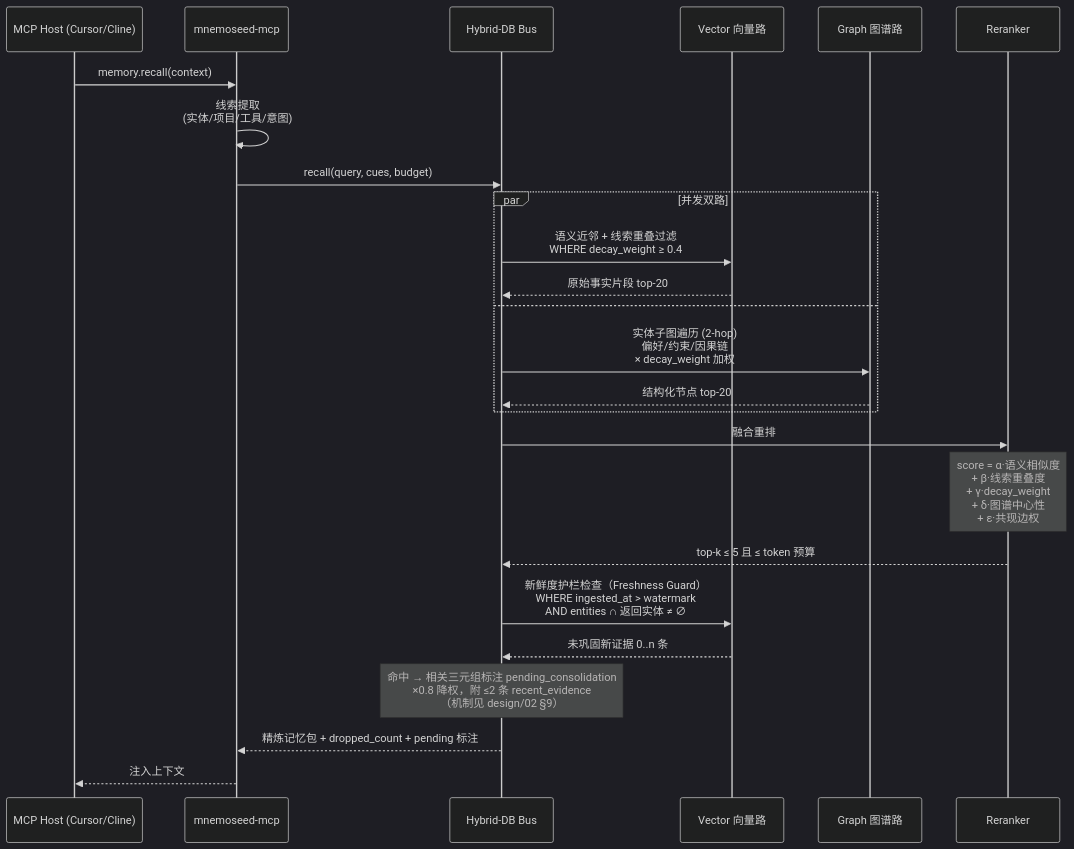
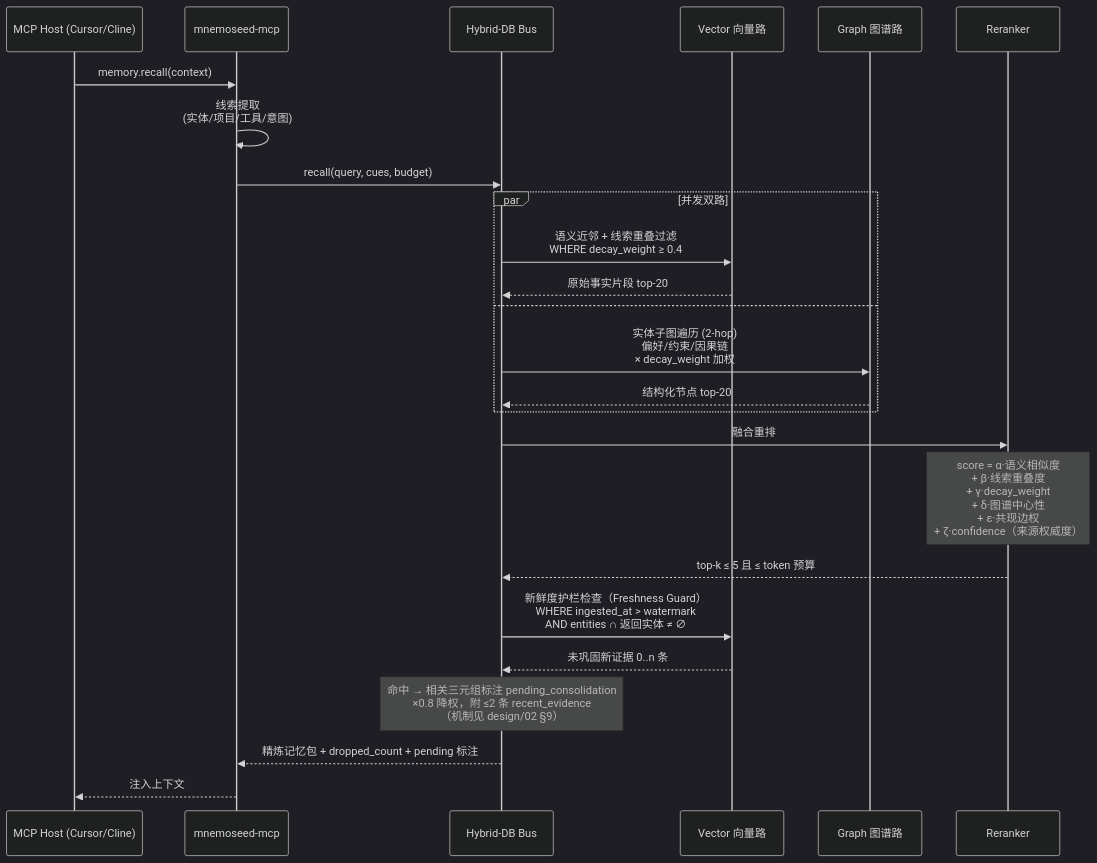
The first of 2 diagrams in docs/zh/design/03-存储与检索.md (MnemoSeed/mnemoseed), drawn with Mermaid (dark theme) before and after one commit. The commit also changed 6 other files, not shown here.

First line of the commit message:
docs: promotion quality gate (design/02 §11) + correction feedback + rerank confidence + schema v5 field

````diff
--- a/docs/zh/design/03-存储与检索.md
+++ b/docs/zh/design/03-存储与检索.md
@@ -42,28 +42,28 @@
 ```mermaid
 sequenceDiagram
     participant Host as MCP Host (Cursor/Cline)
     participant GW as mnemoseed-mcp
     participant HB as Hybrid-DB Bus
     participant V as Vector 向量路
     participant G as Graph 图谱路
     participant RR as Reranker
 
     Host->>GW: memory.recall(context)
     GW->>GW: 线索提取<br/>(实体/项目/工具/意图)
     GW->>HB: recall(query, cues, budget)
     par 并发双路
         HB->>V: 语义近邻 + 线索重叠过滤<br/>WHERE decay_weight ≥ 0.4
         V-->>HB: 原始事实片段 top-20
     and
         HB->>G: 实体子图遍历 (2-hop)<br/>偏好/约束/因果链<br/>× decay_weight 加权
         G-->>HB: 结构化节点 top-20
     end
     HB->>RR: 融合重排
-    Note over RR: score = α·语义相似度<br/>+ β·线索重叠度<br/>+ γ·decay_weight<br/>+ δ·图谱中心性<br/>+ ε·共现边权
+    Note over RR: score = α·语义相似度<br/>+ β·线索重叠度<br/>+ γ·decay_weight<br/>+ δ·图谱中心性<br/>+ ε·共现边权<br/>+ ζ·confidence（来源权威度）
     RR-->>HB: top-k ≤ 5 且 ≤ token 预算
     HB->>V: 新鲜度护栏检查（Freshness Guard）<br/>WHERE ingested_at > watermark<br/>AND entities ∩ 返回实体 ≠ ∅
     V-->>HB: 未巩固新证据 0..n 条
     Note over HB: 命中 → 相关三元组标注 pending_consolidation<br/>×0.8 降权，附 ≤2 条 recent_evidence<br/>（机制见 design/02 §9）
     HB-->>GW: 精炼记忆包 + dropped_count + pending 标注
     GW-->>Host: 注入上下文
 ```
````
